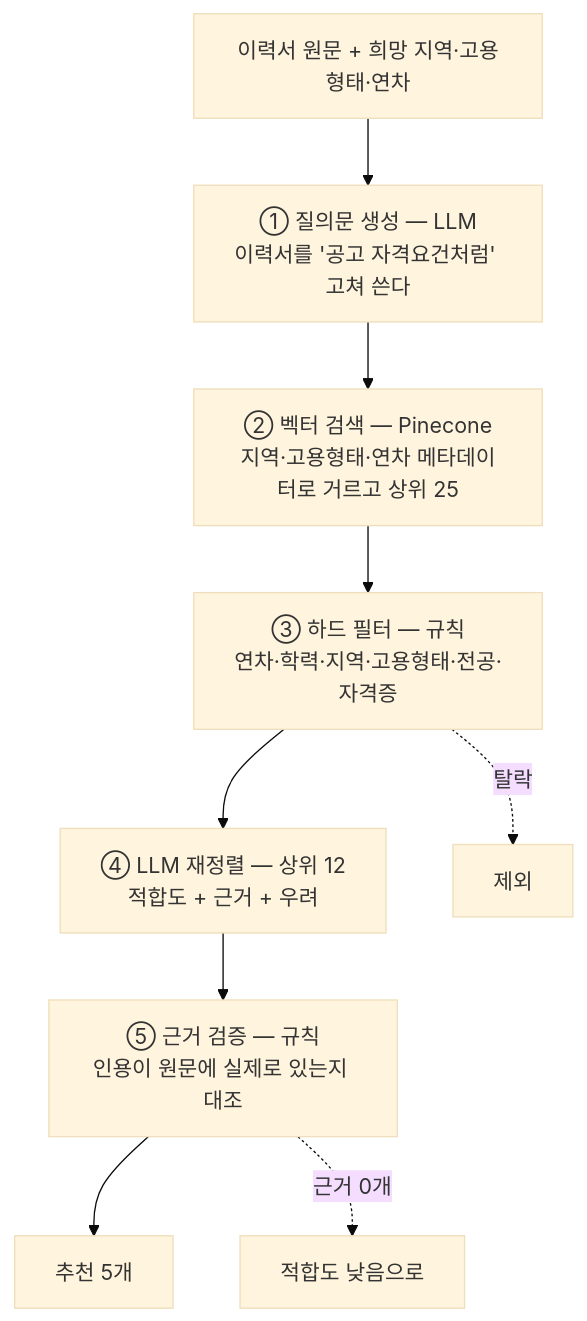
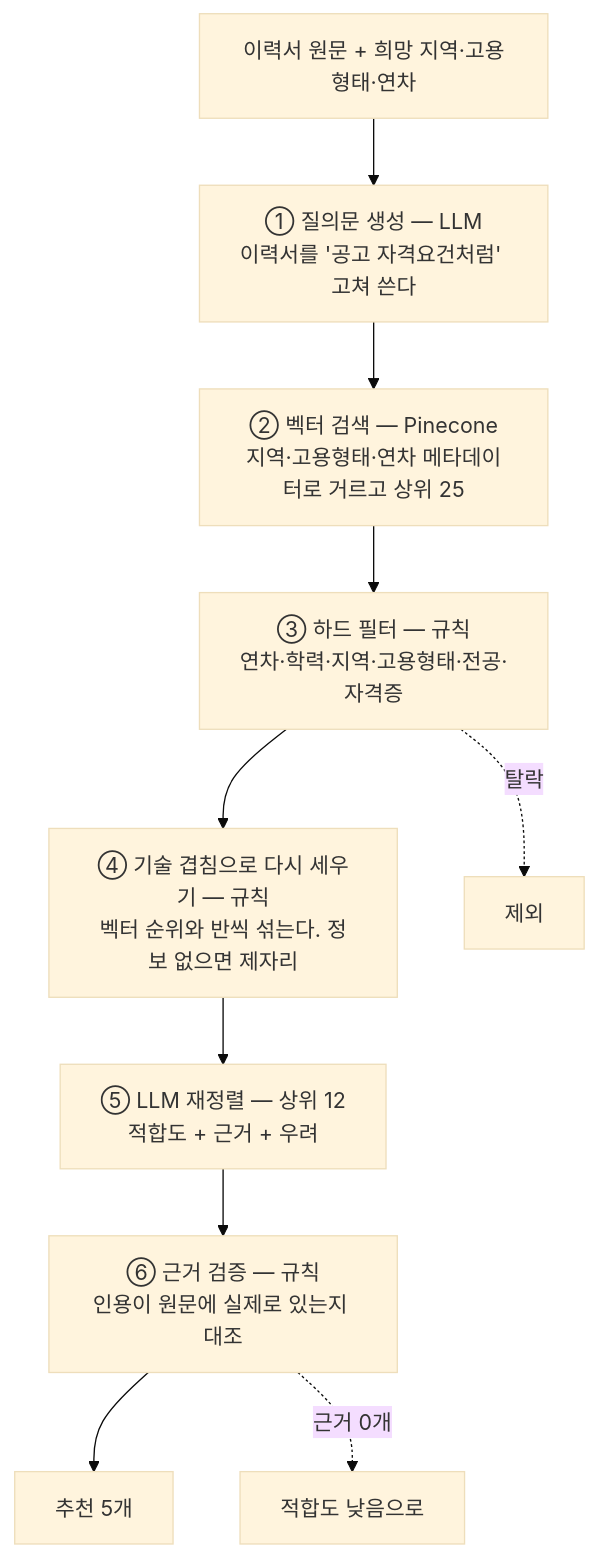
The diagram in job_matching_bot/docs/graphs/4_recommend.mmd (SKNETWORKS-FAMILY-AICAMP/SKN34-3rd-2Team), drawn with Mermaid (base theme) before and after one commit. The commit also changed 4 other files, not shown here.

```diff
--- a/job_matching_bot/docs/graphs/4_recommend.mmd
+++ b/job_matching_bot/docs/graphs/4_recommend.mmd
@@ -1,9 +1,10 @@
 flowchart TB
   R["이력서 원문 + 희망 지역·고용형태·연차"] --> S1
   S1["① 질의문 생성 — LLM<br>이력서를 '공고 자격요건처럼' 고쳐 쓴다"] --> S2
   S2["② 벡터 검색 — Pinecone<br>지역·고용형태·연차 메타데이터로 거르고 상위 25"] --> S3
-  S3["③ 하드 필터 — 규칙<br>연차·학력·지역·고용형태·전공·자격증"] --> S4
-  S4["④ LLM 재정렬 — 상위 12<br>적합도 + 근거 + 우려"] --> S5
-  S5["⑤ 근거 검증 — 규칙<br>인용이 원문에 실제로 있는지 대조"] --> O["추천 5개"]
+  S3["③ 하드 필터 — 규칙<br>연차·학력·지역·고용형태·전공·자격증"] --> S35
+  S35["④ 기술 겹침으로 다시 세우기 — 규칙<br>벡터 순위와 반씩 섞는다. 정보 없으면 제자리"] --> S4
+  S4["⑤ LLM 재정렬 — 상위 12<br>적합도 + 근거 + 우려"] --> S5
+  S5["⑥ 근거 검증 — 규칙<br>인용이 원문에 실제로 있는지 대조"] --> O["추천 5개"]
   S3 -.->|탈락| X["제외"]
   S5 -.->|근거 0개| Y["적합도 낮음으로"]
```
